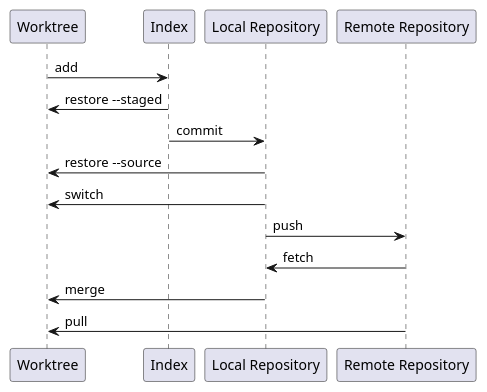
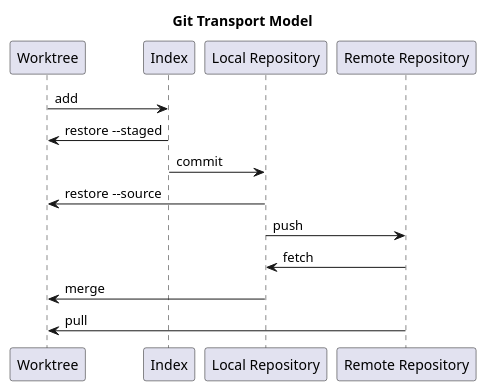
The diagram in git_transport_model.puml (braboj/tutorial-git), drawn with PlantUML before and after one commit.

Commit message:
Update of the git transport model diagram

```diff
--- a/git_transport_model.puml
+++ b/git_transport_model.puml
@@ -1,19 +1,20 @@
 @startuml
 'https://plantuml.com/sequence-diagram
+
+title "Git Transport Model"
 
 participant Worktree
 participant Index
 participant "Local Repository" as Local
 participant "Remote Repository" as Remote
 
-Worktree -> Index  : add
-Index -> Worktree  : restore --staged
+Worktree -> Index   : add
+Index -> Worktree   : restore --staged
 Index -> Local      : commit
-Local -> Worktree  : restore --source
-Local -> Worktree  : switch
+Local -> Worktree   : restore --source
 Local -> Remote     : push
 Remote -> Local     : fetch
-Local -> Worktree  : merge
-Remote -> Worktree : pull
+Local -> Worktree   : merge
+Remote -> Worktree  : pull
 
 @enduml
```
